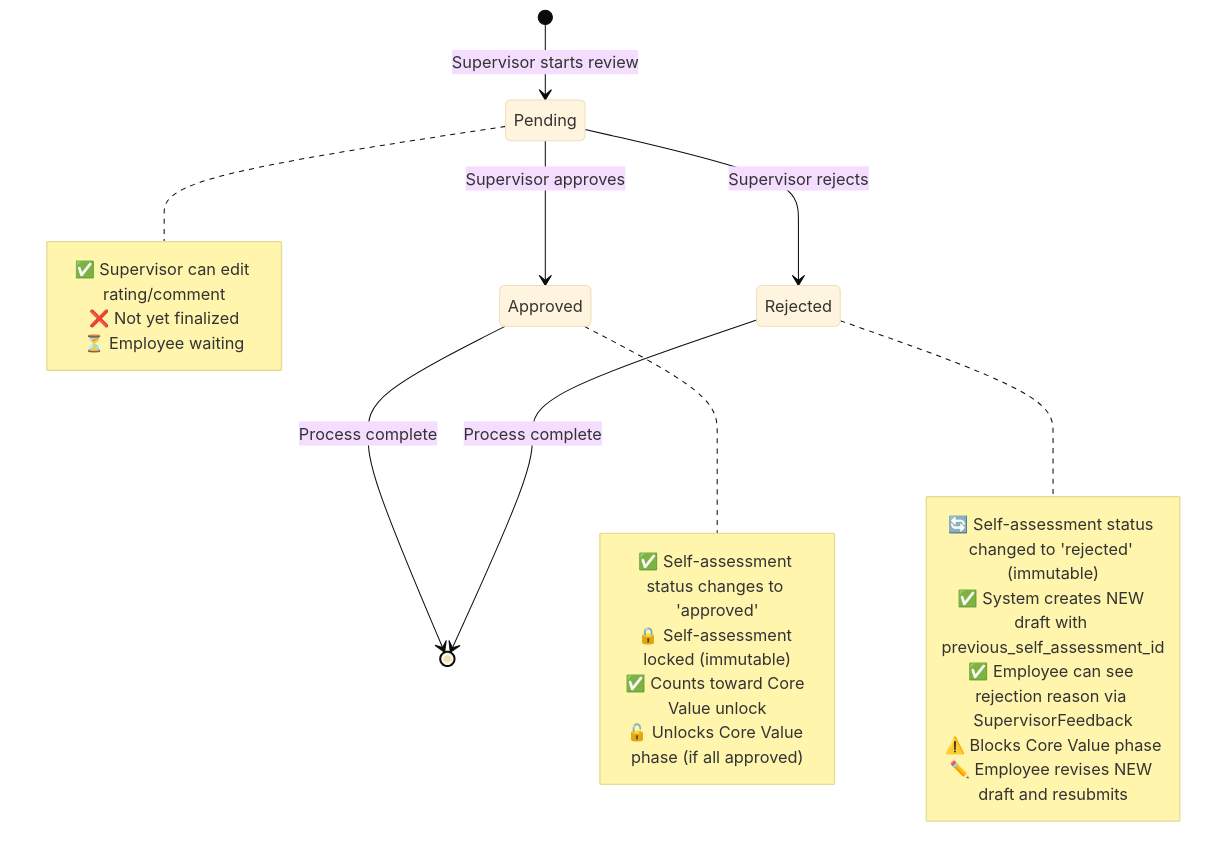
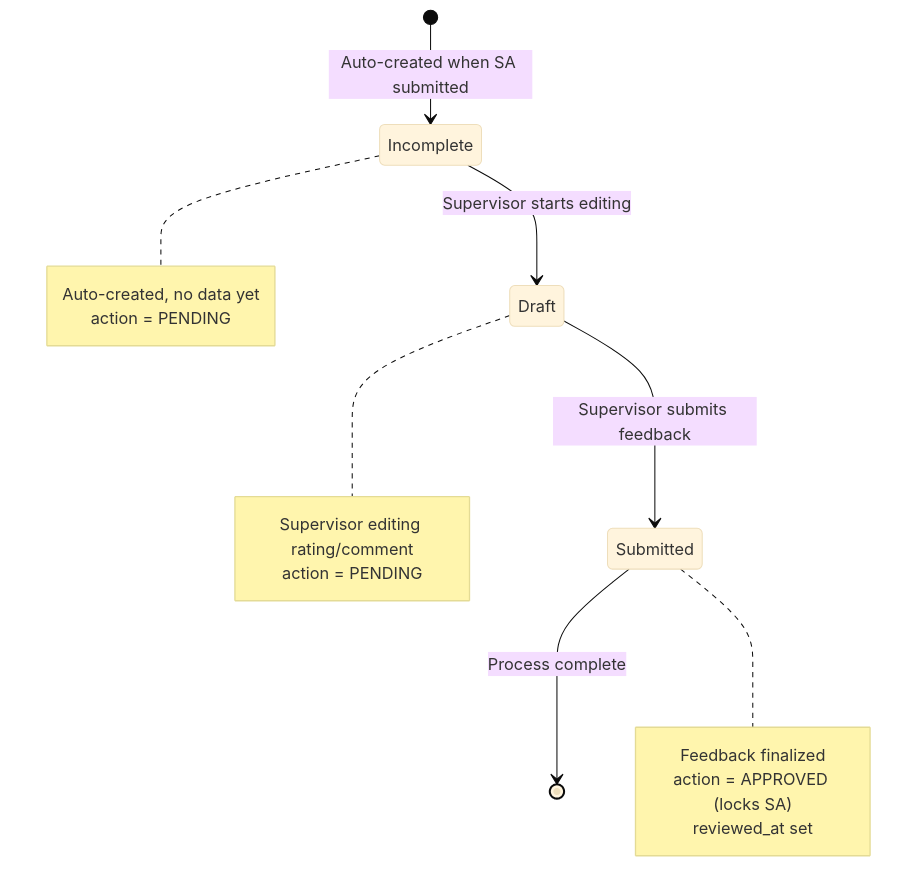
One commit to shintairiku/evaluation-system changed the third of 3 diagrams in .kiro/specs/self-assessment/domain-model.md. Above: the diagram before and after it, drawn with Mermaid (base theme). The commit also changed other lines of this file, not shown here.

Commit message:
refactor: update self-assessment domain model

````diff
--- a/.kiro/specs/self-assessment/domain-model.md
+++ b/.kiro/specs/self-assessment/domain-model.md
@@ -544,29 +557,23 @@
 ```mermaid
 stateDiagram-v2
-    [*] --> Pending: Supervisor starts review
-    Pending --> Approved: Supervisor approves
-    Pending --> Rejected: Supervisor rejects
-    Approved --> [*]: Process complete
-    Rejected --> [*]: Process complete
+    [*] --> Incomplete: Auto-created when SA submitted
+    Incomplete --> Draft: Supervisor starts editing
+    Draft --> Submitted: Supervisor submits feedback
+    Submitted --> [*]: Process complete
 
-    note right of Pending
-        ✅ Supervisor can edit rating/comment
-        ❌ Not yet finalized
-        ⏳ Employee waiting
+    note right of Incomplete
+        Auto-created, no data yet
+        action = PENDING
     end note
 
-    note right of Approved
-        ✅ Self-assessment status changes to 'approved'
-        🔒 Self-assessment locked (immutable)
-        ✅ Counts toward Core Value unlock
-        🔓 Unlocks Core Value phase (if all approved)
+    note right of Draft
+        Supervisor editing rating/comment
+        action = PENDING
     end note
 
-    note right of Rejected
-        🔄 Self-assessment status changed to 'rejected' (immutable)
-        ✅ System creates NEW draft with previous_self_assessment_id
-        ✅ Employee can see rejection reason via SupervisorFeedback
-        ⚠️ Blocks Core Value phase
-        ✏️ Employee revises NEW draft and resubmits
+    note right of Submitted
+        Feedback finalized
+        action = APPROVED (locks SA)
+        reviewed_at set
     end note
 ```
````
